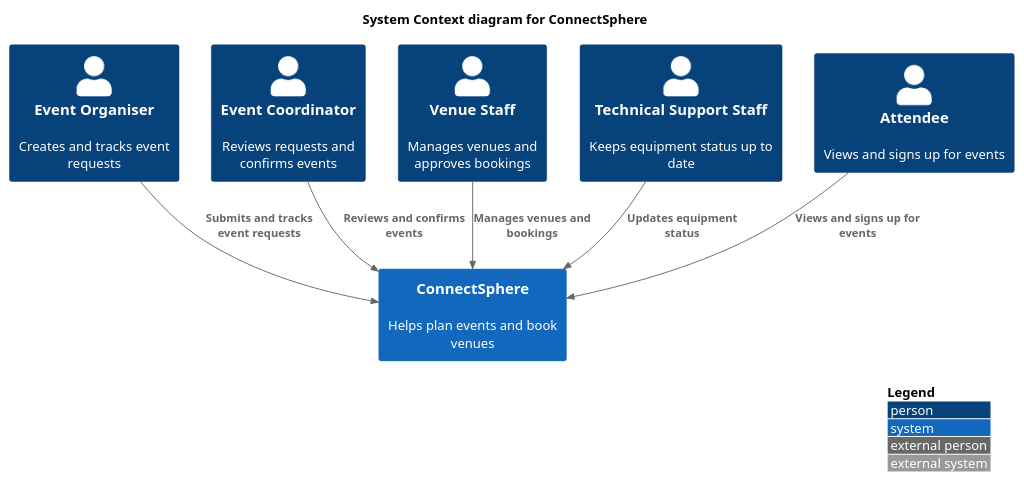
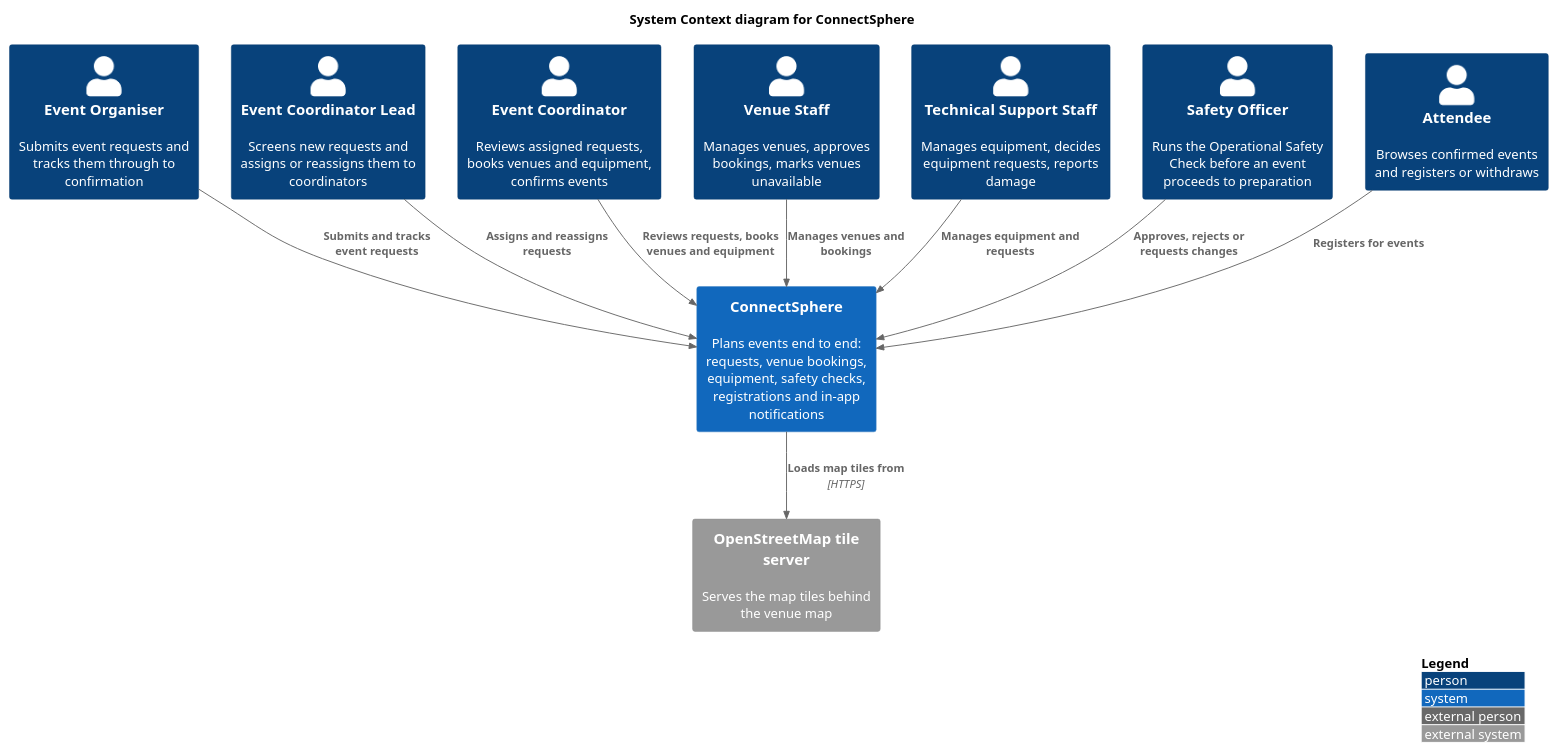
Before and after one commit to spikeypear-bot/cSphere: the diagram in docs/c4-diagrams/context_diagram.puml, drawn with PlantUML. The commit also changed 1 other file, not shown here.

Commit message:
docs(DEV01): bring C4 context and container diagrams up to date
Add the Event Coordinator Lead and Safety Officer roles, the OpenStreetMap
tile server, JWT auth, scheduled jobs and Flyway, matching what is built.

Claude-Session: https://claude.ai/code/session_01HyZJmv4urmHKtE3aP1VvzT

```diff
--- a/docs/c4-diagrams/context_diagram.puml
+++ b/docs/c4-diagrams/context_diagram.puml
@@ -1,21 +1,28 @@
 @startuml
 !include https://raw.githubusercontent.com/plantuml-stdlib/C4-PlantUML/master/C4_Context.puml
 
 LAYOUT_WITH_LEGEND()
 
 title System Context diagram for ConnectSphere
 
-Person(organiser, "Event Organiser", "Creates and tracks event requests")
-Person(coordinator, "Event Coordinator", "Reviews requests and confirms events")
-Person(venueStaff, "Venue Staff", "Manages venues and approves bookings")
-Person(techSupport, "Technical Support Staff", "Keeps equipment status up to date")
-Person(attendee, "Attendee", "Views and signs up for events")
+Person(organiser, "Event Organiser", "Submits event requests and tracks them through to confirmation")
+Person(lead, "Event Coordinator Lead", "Screens new requests and assigns or reassigns them to coordinators")
+Person(coordinator, "Event Coordinator", "Reviews assigned requests, books venues and equipment, confirms events")
+Person(venueStaff, "Venue Staff", "Manages venues, approves bookings, marks venues unavailable")
+Person(techSupport, "Technical Support Staff", "Manages equipment, decides equipment requests, reports damage")
+Person(safety, "Safety Officer", "Runs the Operational Safety Check before an event proceeds to preparation")
+Person(attendee, "Attendee", "Browses confirmed events and registers or withdraws")
 
-System(connectSphere, "ConnectSphere", "Helps plan events and book venues")
+System(connectSphere, "ConnectSphere", "Plans events end to end: requests, venue bookings, equipment, safety checks, registrations and in-app notifications")
+
+System_Ext(osm, "OpenStreetMap tile server", "Serves the map tiles behind the venue map")
 
 Rel(organiser, connectSphere, "Submits and tracks event requests")
-Rel(coordinator, connectSphere, "Reviews and confirms events")
+Rel(lead, connectSphere, "Assigns and reassigns requests")
+Rel(coordinator, connectSphere, "Reviews requests, books venues and equipment")
 Rel(venueStaff, connectSphere, "Manages venues and bookings")
-Rel(techSupport, connectSphere, "Updates equipment status")
-Rel(attendee, connectSphere, "Views and signs up for events")
+Rel(techSupport, connectSphere, "Manages equipment and requests")
+Rel(safety, connectSphere, "Approves, rejects or requests changes")
+Rel(attendee, connectSphere, "Registers for events")
+Rel(connectSphere, osm, "Loads map tiles from", "HTTPS")
 @enduml
```
